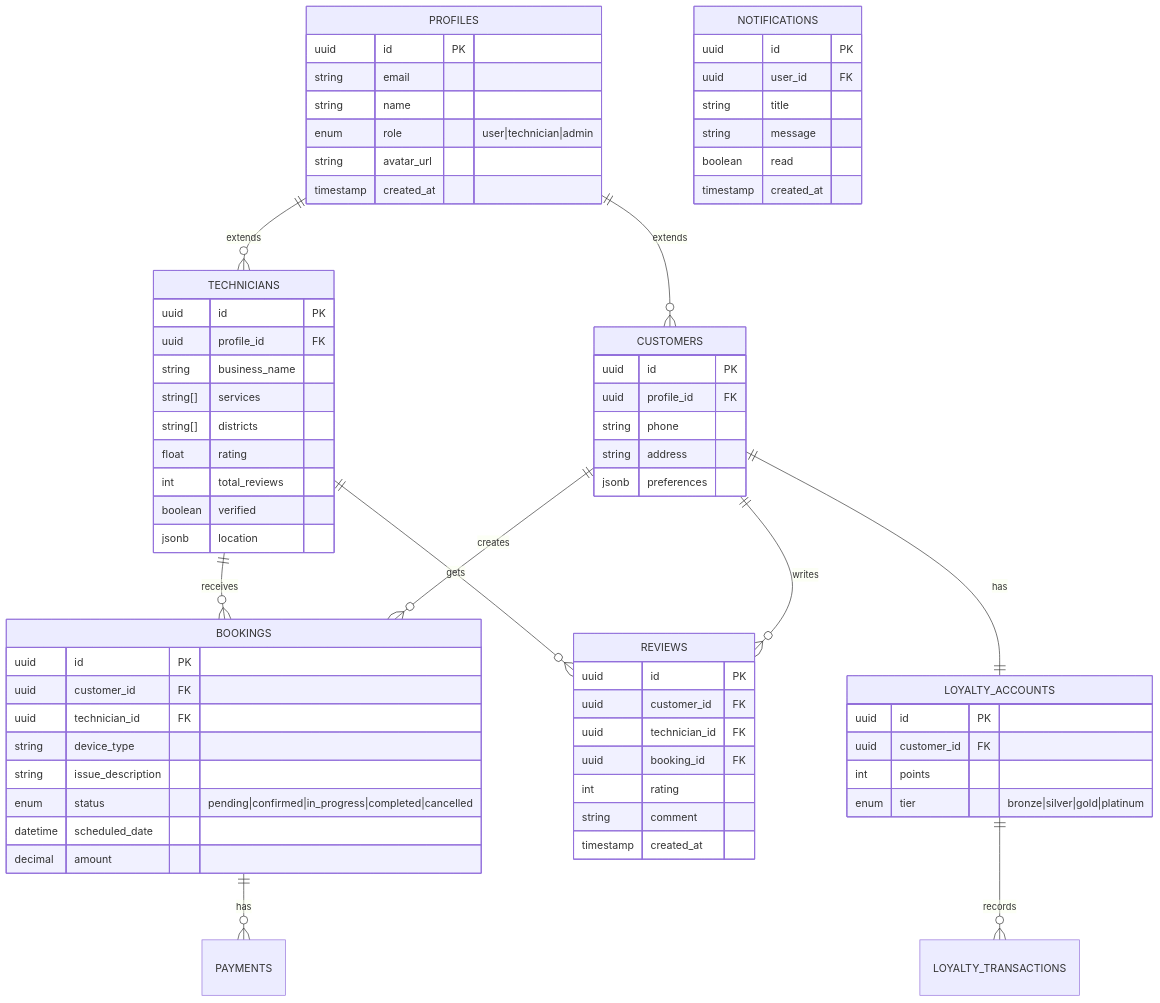
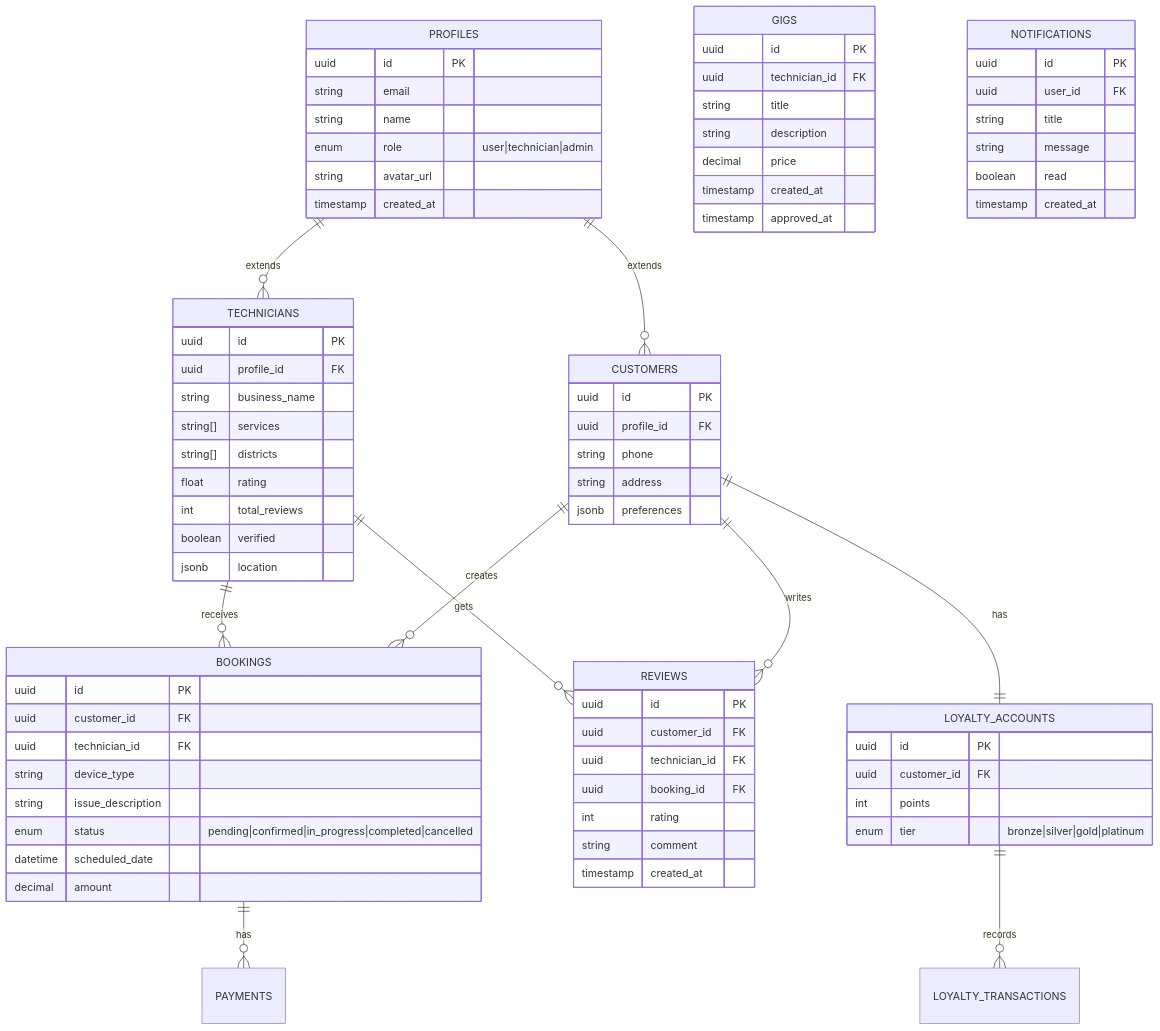
Before and after one commit to Irchika774/Tech-Care_official: the third of 13 diagrams in README.md, drawn with Mermaid. The commit also changed other lines of this file and 2 other files, not shown here.

```diff
--- a/README.md
+++ b/README.md
@@ -210,6 +210,16 @@
         timestamp created_at
     }
     
+    GIGS {
+        uuid id PK
+        uuid technician_id FK
+        string title
+        string description
+        decimal price
+        timestamp created_at
+        timestamp approved_at
+    }
+    
     LOYALTY_ACCOUNTS ||--o{ LOYALTY_TRANSACTIONS : "records"
     LOYALTY_ACCOUNTS {
         uuid id PK
```
